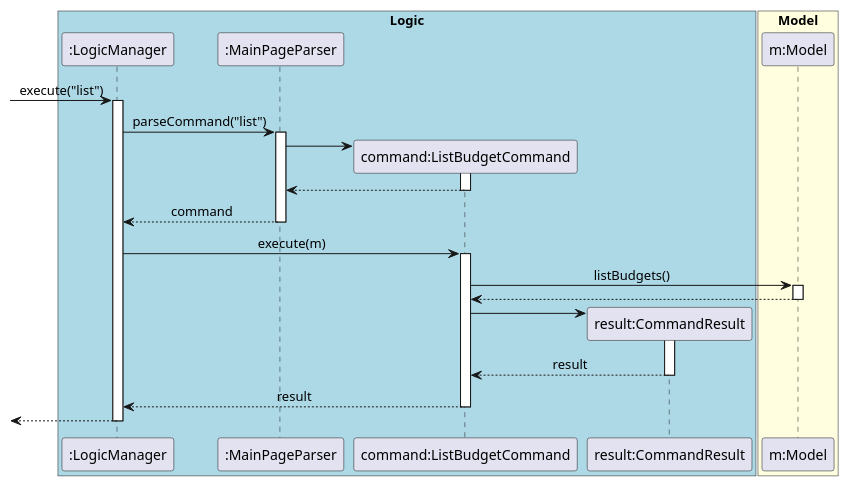
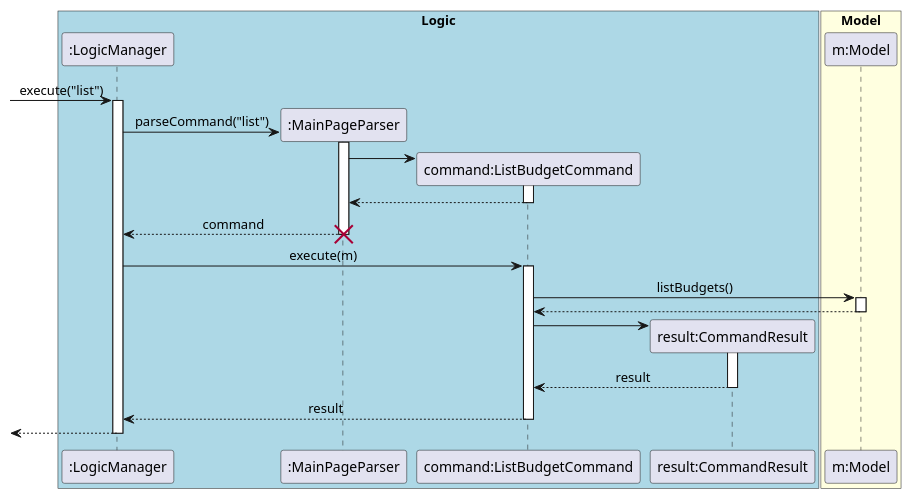
One commit to yu-ming-chen/tp changed the diagram in docs/diagrams/commandsPlantUML/ListBudgetCommand.puml. Above: the diagram before and after it, drawn with PlantUML. The commit also changed 8 other files, not shown here.

```diff
--- a/docs/diagrams/commandsPlantUML/ListBudgetCommand.puml
+++ b/docs/diagrams/commandsPlantUML/ListBudgetCommand.puml
@@ -1,49 +1,51 @@
 @startuml
 skinparam Sequence {
     MessageAlign center
 }
 box "Logic" #LightBlue
 participant ":LogicManager" as LM
 participant ":MainPageParser" as MPP
 participant "command:ListBudgetCommand" as LBC
 participant "result:CommandResult" as CR
 end box
 
 box "Model" #LightYellow
 participant "m:Model" as M
 end box
 
 [-> LM : execute("list")
 activate LM
+create MPP
 LM -> MPP : parseCommand("list")
 activate MPP
 
 create LBC
 MPP -> LBC
 activate LBC
 MPP <-- LBC
 deactivate LBC
 LM <-- MPP : command
+destroy MPP
 
 deactivate MPP
 LM -> LBC : execute(m)
 activate LBC
 
 LBC -> M : listBudgets()
 activate M
 LBC <-- M
 deactivate M
 
 create CR
 LBC -> CR
 activate CR
 LBC <-- CR : result
 deactivate CR
 
 LM <-- LBC : result
 deactivate LBC
 
 [<-- LM
 deactivate LM
 
 @enduml
```
